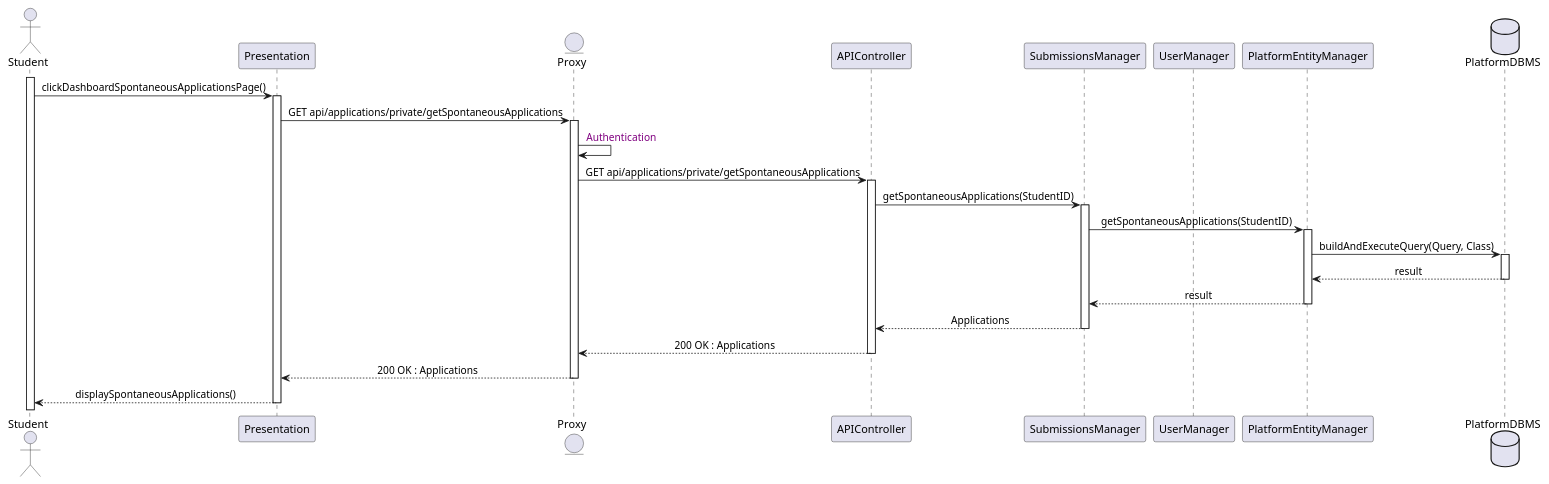
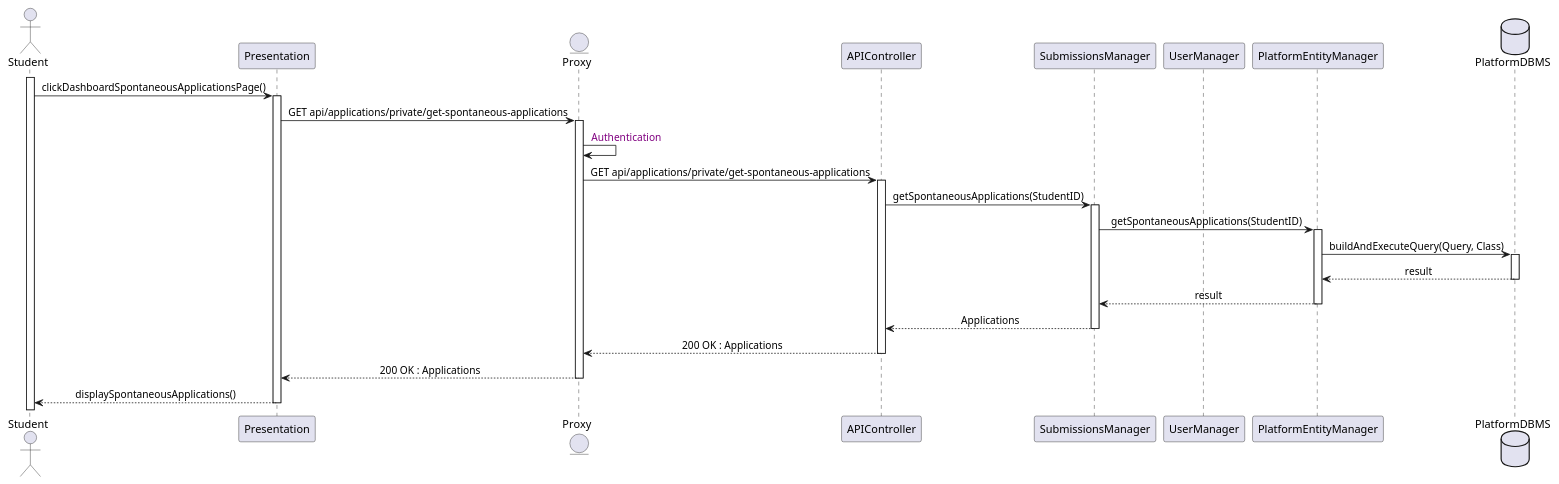
Before and after one commit to Slaitroc/RicciPaoliGrisoni: the diagram in Diagrams/SequenceDiagrams/DD/13StudentSeeSpontaneousApplications.wsd, drawn with PlantUML.

Commit message:
Refactor 13StudentSeeSpontaneousApplications.wsd SequenceDiagram

```diff
--- a/Diagrams/SequenceDiagrams/DD/13StudentSeeSpontaneousApplications.wsd
+++ b/Diagrams/SequenceDiagrams/DD/13StudentSeeSpontaneousApplications.wsd
@@ -1,38 +1,38 @@
 @startuml 13StudentSeeSpontaneousApplications
 skinparam sequenceMessageAlign center
 actor       Student
 participant Presentation
 entity      Proxy
 participant APIController
 participant SubmissionsManager
 participant UserManager
 participant PlatformEntityManager
 database    PlatformDBMS
 
 activate Student
 Student -> Presentation : clickDashboardSpontaneousApplicationsPage()
 activate Presentation
-Presentation -> Proxy : GET api/applications/private/getSpontaneousApplications
+Presentation -> Proxy : GET api/applications/private/get-spontaneous-applications
 activate Proxy
 Proxy -> Proxy : <color:purple> Authentication
-Proxy -> APIController : GET api/applications/private/getSpontaneousApplications
+Proxy -> APIController : GET api/applications/private/get-spontaneous-applications
 activate APIController
 APIController -> SubmissionsManager : getSpontaneousApplications(StudentID)
 activate SubmissionsManager
 SubmissionsManager -> PlatformEntityManager : getSpontaneousApplications(StudentID)
 activate PlatformEntityManager
 PlatformEntityManager -> PlatformDBMS : buildAndExecuteQuery(Query, Class)
 activate PlatformDBMS
 PlatformDBMS --> PlatformEntityManager : result
 deactivate PlatformDBMS
 PlatformEntityManager --> SubmissionsManager : result
 deactivate PlatformEntityManager
 SubmissionsManager --> APIController : Applications
 deactivate SubmissionsManager
 APIController --> Proxy : 200 OK : Applications
 deactivate APIController
 Proxy --> Presentation : 200 OK : Applications
 deactivate Proxy
 Presentation --> Student : displaySpontaneousApplications()
 deactivate Presentation
 @enduml
```
